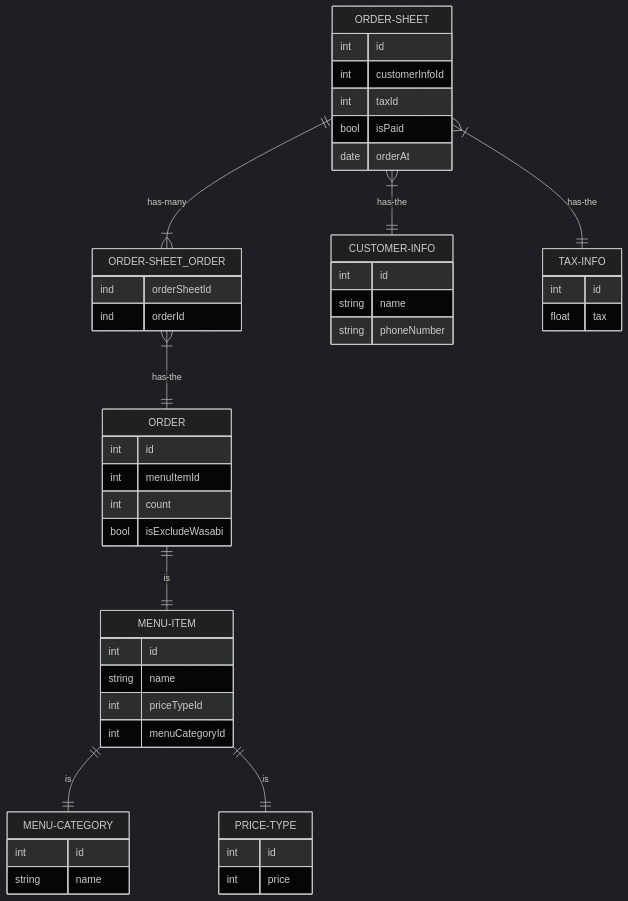
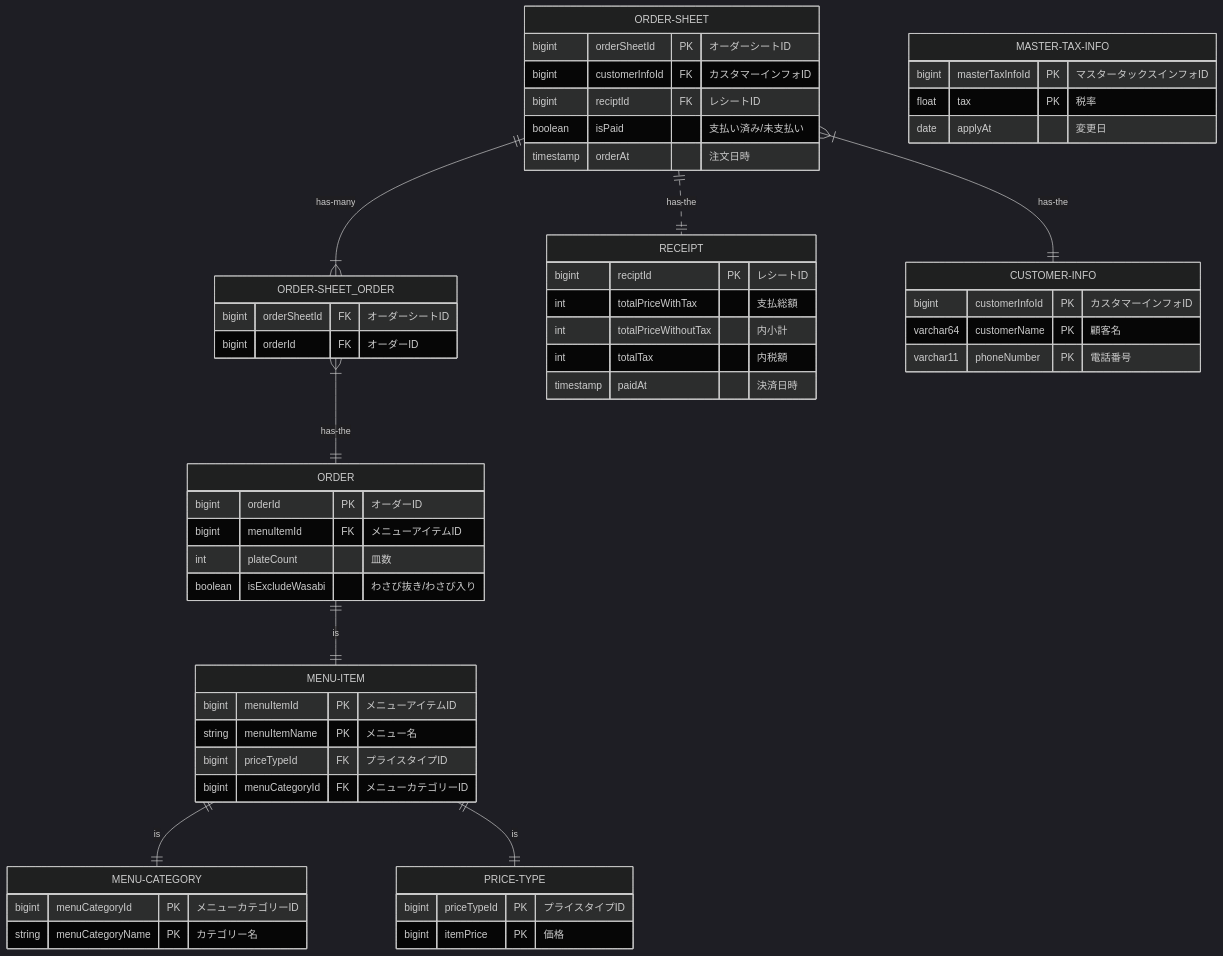
The first of 2 diagrams in データベース設計/DBモデリング1/README.md (junseinagao/praha-challenge), drawn with Mermaid (dark theme) before and after one commit. The commit also changed 1 other file, not shown here.

Commit message:
[DBモデリング1] 物理モデルを書きました。

````diff
--- a/データベース設計/DBモデリング1/README.md
+++ b/データベース設計/DBモデリング1/README.md
@@ -7,58 +7,67 @@
 ```mermaid
 erDiagram
     ORDER-SHEET ||--|{ ORDER-SHEET_ORDER : has-many
     ORDER-SHEET_ORDER }|--|| ORDER : has-the
+    ORDER-SHEET ||..|| RECEIPT : has-the
     ORDER-SHEET }|--|| CUSTOMER-INFO : has-the
-    ORDER-SHEET }|--|| TAX-INFO : has-the
     ORDER ||--|| MENU-ITEM : is
     MENU-ITEM ||--|| MENU-CATEGORY : is
     MENU-ITEM ||--|| PRICE-TYPE : is
 
     ORDER-SHEET {
-        int id
-        int customerInfoId
-        int taxId
-        bool isPaid
-        date orderAt
+        bigint orderSheetId PK "オーダーシートID"
+        bigint customerInfoId FK "カスタマーインフォID"
+        bigint reciptId FK "レシートID"
+        boolean isPaid "支払い済み/未支払い"
+        timestamp orderAt "注文日時"
+    }
+
+    RECEIPT {
+        bigint reciptId PK "レシートID"
+        int totalPriceWithTax "支払総額"
+        int totalPriceWithoutTax "内小計"
+        int totalTax "内税額"
+        timestamp paidAt "決済日時"
     }
 
     ORDER-SHEET_ORDER {
-        ind orderSheetId
-        ind orderId
+        bigint orderSheetId FK "オーダーシートID"
+        bigint orderId FK "オーダーID"
     }
 
     ORDER {
-        int id
-        int menuItemId
-        int count
-        bool isExcludeWasabi
+        bigint orderId PK "オーダーID"
+        bigint menuItemId FK "メニューアイテムID"
+        int plateCount "皿数"
+        boolean isExcludeWasabi "わさび抜き/わさび入り"
     }
 
     MENU-ITEM {
-        int id
-        string name
-        int priceTypeId
-        int menuCategoryId
+        bigint menuItemId PK "メニューアイテムID"
+        string menuItemName PK "メニュー名"
+        bigint priceTypeId FK "プライスタイプID"
+        bigint menuCategoryId FK "メニューカテゴリーID"
     }
 
     PRICE-TYPE {
-        int id
-        int price
+        bigint priceTypeId PK "プライスタイプID"
+        bigint itemPrice PK "価格"
     }
 
     MENU-CATEGORY {
-        int id
-        string name
+        bigint menuCategoryId PK "メニューカテゴリーID"
+        string menuCategoryName PK "カテゴリー名"
     }
 
     CUSTOMER-INFO {
-        int id
-        string name
-        string phoneNumber
+        bigint customerInfoId PK "カスタマーインフォID"
+        varchar64 customerName PK "顧客名"
+        varchar11 phoneNumber PK "電話番号"
     }
 
-    TAX-INFO {
-        int id
-        float tax
+    MASTER-TAX-INFO {
+        bigint masterTaxInfoId PK "マスタータックスインフォID"
+        float tax PK "税率"
+        date applyAt "変更日"
     }
 ```
````
